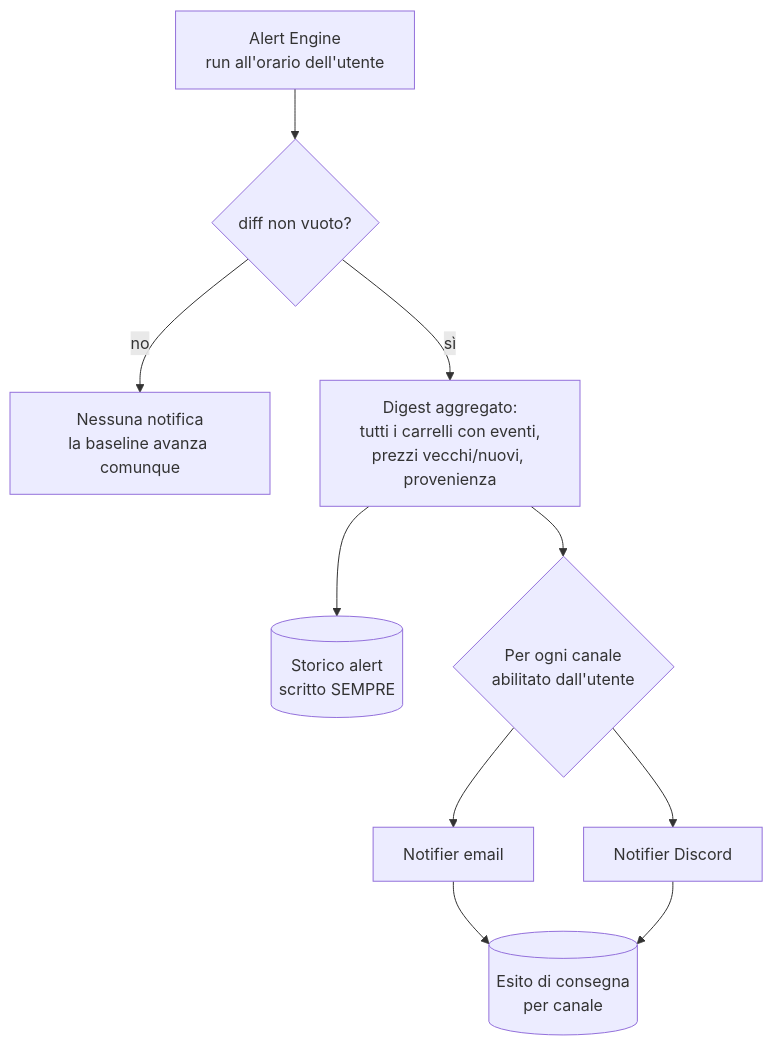
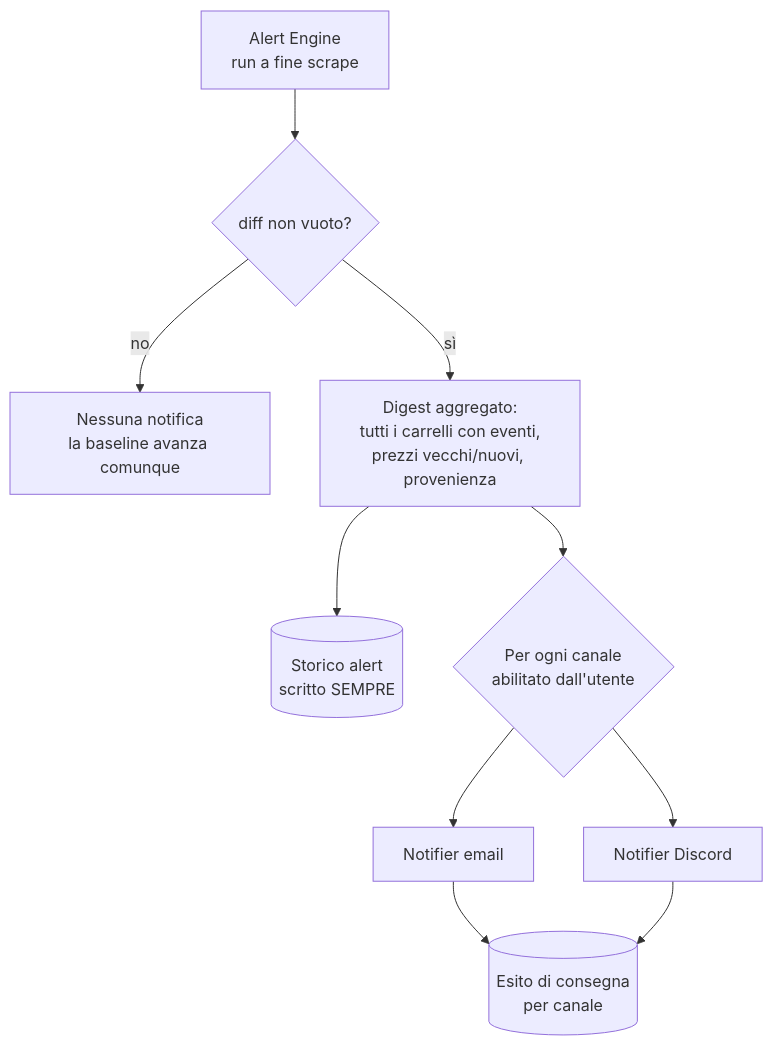
Before and after one commit to caporalesimone/watch-em-all: the second of 2 diagrams in docs-ita/2-architecture/notification-architecture.md, drawn with Mermaid. The commit also changed other lines of this file and 34 other files, not shown here.

````diff
--- a/docs-ita/2-architecture/notification-architecture.md
+++ b/docs-ita/2-architecture/notification-architecture.md
@@ -33,11 +33,11 @@
 ```mermaid
 flowchart TD
-    AE[Alert Engine<br/>run all'orario dell'utente] --> D{diff non vuoto?}
+    AE[Alert Engine<br/>run a fine scrape] --> D{diff non vuoto?}
     D -- no --> END[Nessuna notifica<br/>la baseline avanza comunque]
     D -- sì --> DIG[Digest aggregato:<br/>tutti i carrelli con eventi,<br/>prezzi vecchi/nuovi, provenienza]
     DIG --> LOG[(Storico alert<br/>scritto SEMPRE)]
     DIG --> CH{Per ogni canale<br/>abilitato dall'utente}
     CH --> N1[Notifier email]
     CH --> N2[Notifier Discord]
     N1 & N2 --> REC[(Esito di consegna<br/>per canale)]
 ```
````
